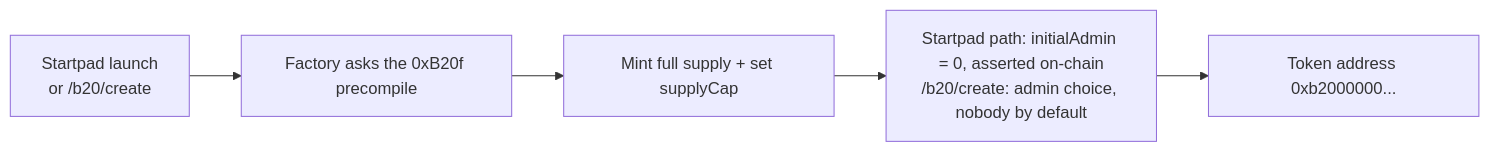
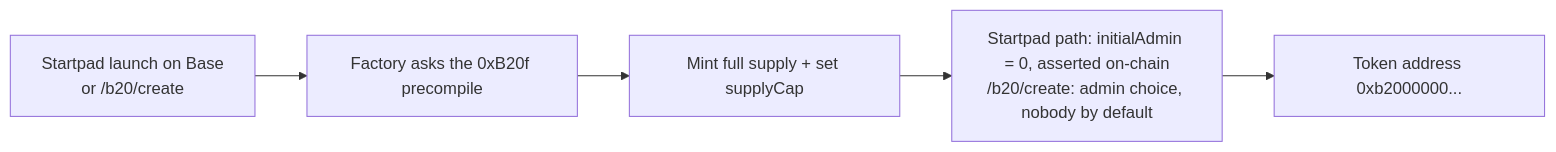
Before and after one commit to Story91/mysphere: the diagram in app/Docs/_content/b20.md, drawn with Mermaid. The commit also changed other lines of this file and 6 other files, not shown here.

````diff
--- a/app/Docs/_content/b20.md
+++ b/app/Docs/_content/b20.md
@@ -34,7 +34,7 @@
 ```mermaid
 flowchart LR
-    A["Startpad launch<br/>or /b20/create"] --> B["Factory asks the 0xB20f precompile"]
+    A["Startpad launch on Base<br/>or /b20/create"] --> B["Factory asks the 0xB20f precompile"]
     B --> C["Mint full supply + set supplyCap"]
     C --> D["Startpad path: initialAdmin = 0, asserted on-chain<br/>/b20/create: admin choice, nobody by default"]
     D --> E["Token address 0xb2000000..."]
 ```
````
